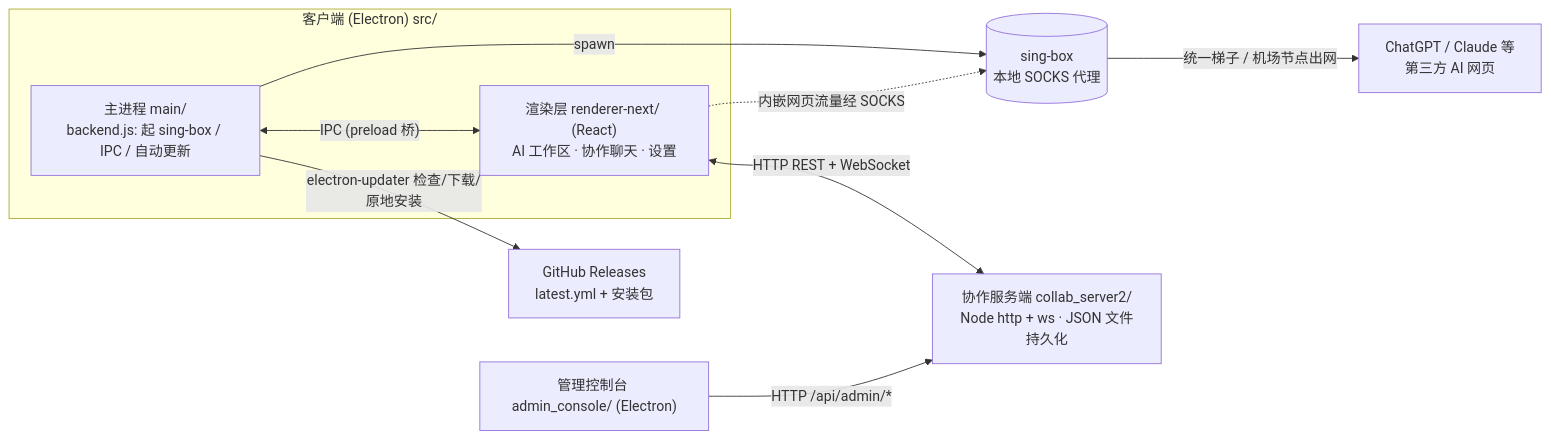
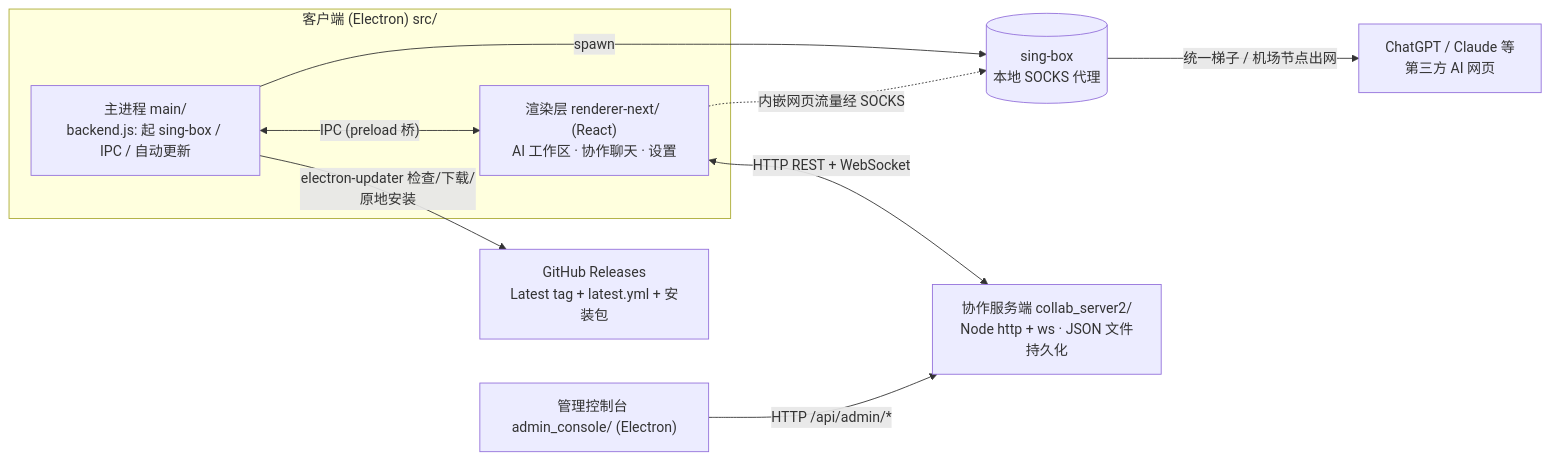
One commit to Sjeary/ShareGPT changed the diagram in docs/ARCHITECTURE.md. Above: the diagram before and after it, drawn with Mermaid. The commit also changed other lines of this file and 45 other files, not shown here.

````diff
--- a/docs/ARCHITECTURE.md
+++ b/docs/ARCHITECTURE.md
@@ -5,23 +5,23 @@
 ```mermaid
 flowchart LR
   subgraph Client["客户端 (Electron) src/"]
     M["主进程 main/\nbackend.js: 起 sing-box / IPC / 自动更新"]
     R["渲染层 renderer-next/ (React)\nAI 工作区 · 协作聊天 · 设置"]
     M <-->|"IPC (preload 桥)"| R
   end
 
   SB[("sing-box\n本地 SOCKS 代理")]
   AI["ChatGPT / Claude 等\n第三方 AI 网页"]
   M -->|spawn| SB
   R -.->|"内嵌网页流量经 SOCKS"| SB
   SB -->|"统一梯子 / 机场节点出网"| AI
 
   CS["协作服务端 collab_server2/\nNode http + ws · JSON 文件持久化"]
   R <-->|"HTTP REST + WebSocket"| CS
 
   AC["管理控制台 admin_console/ (Electron)"]
   AC -->|"HTTP /api/admin/*"| CS
 
-  GH["GitHub Releases\nlatest.yml + 安装包"]
+  GH["GitHub Releases\nLatest tag + latest.yml + 安装包"]
   M -->|"electron-updater 检查/下载/原地安装"| GH
 ```
````
